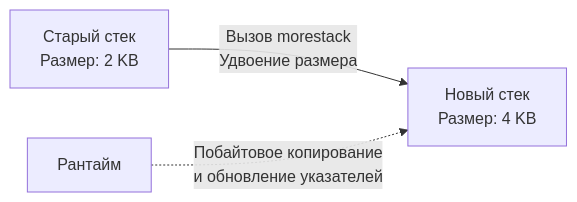
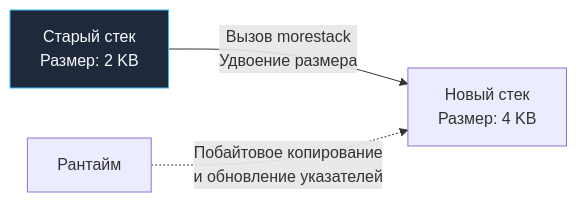
Before and after one commit to UnrealTemplier/go-textbook: the second of 3 diagrams in sources/5. Учебник по Go (Основы и синтаксис)/34. Горутины. Легковесная конкурентность в Go.md, drawn with Mermaid. The commit also changed other lines of this file and 1666 other files, not shown here.

First line of the commit message:
feat(mermaid): add semantic color classDef to 1369 colorless flowchart/graph diagrams

````diff
--- a/sources/5. Учебник по Go (Основы и синтаксис)/34. Горутины. Легковесная конкурентность в Go.md
+++ b/sources/5. Учебник по Go (Основы и синтаксис)/34. Горутины. Легковесная конкурентность в Go.md
@@ -109,5 +119,15 @@
 ```mermaid
 flowchart LR
-    A["Старый стек<br>Размер: 2 KB"] -->|"Вызов morestack<br>Удвоение размера"| B["Новый стек<br>Размер: 4 KB"]
+    classDef process  fill:#1e293b,stroke:#38bdf8,stroke-width:1px,color:#f8fafc
+    classDef success  fill:#064e3b,stroke:#34d399,stroke-width:1px,color:#f8fafc
+    classDef error    fill:#7f1d1d,stroke:#f87171,stroke-width:1px,color:#f8fafc
+    classDef warning  fill:#78350f,stroke:#fbbf24,stroke-width:1px,color:#f8fafc
+    classDef entry    fill:#1e3a5f,stroke:#38bdf8,stroke-width:2px,color:#f8fafc
+    classDef aux      fill:#334155,stroke:#64748b,stroke-width:1px,color:#f8fafc
+    classDef system   fill:#312e81,stroke:#a78bfa,stroke-width:1px,color:#f8fafc
+    classDef data     fill:#132d29,stroke:#2dd4bf,stroke-width:1px,color:#f8fafc
+    classDef network  fill:#881337,stroke:#fb7185,stroke-width:1px,color:#f8fafc
+    classDef accent   fill:#1e1b4b,stroke:#818cf8,stroke-width:1px,color:#f8fafc
+    A["Старый стек<br>Размер: 2 KB"]:::process -->|"Вызов morestack<br>Удвоение размера"| B["Новый стек<br>Размер: 4 KB"]
     C["Рантайм"] -.->|"Побайтовое копирование<br>и обновление указателей"| B
 ```
````
